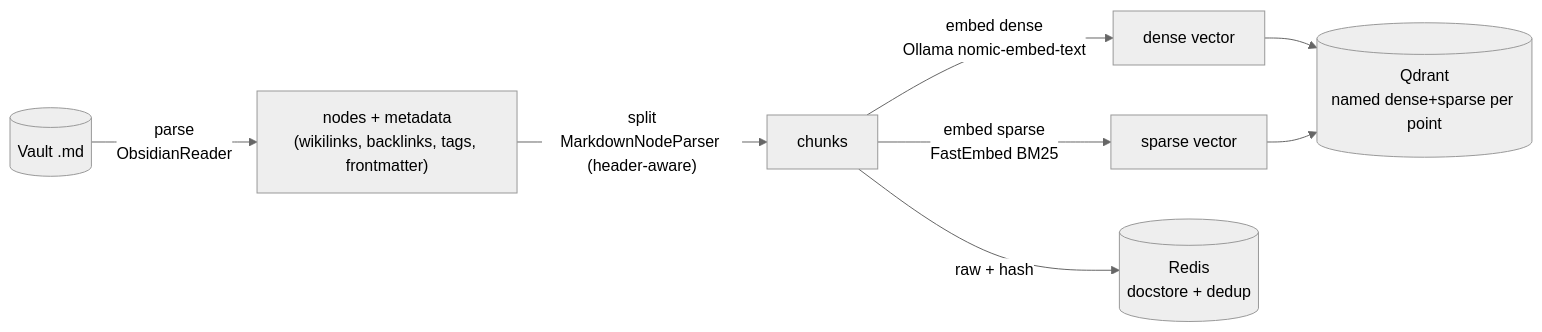
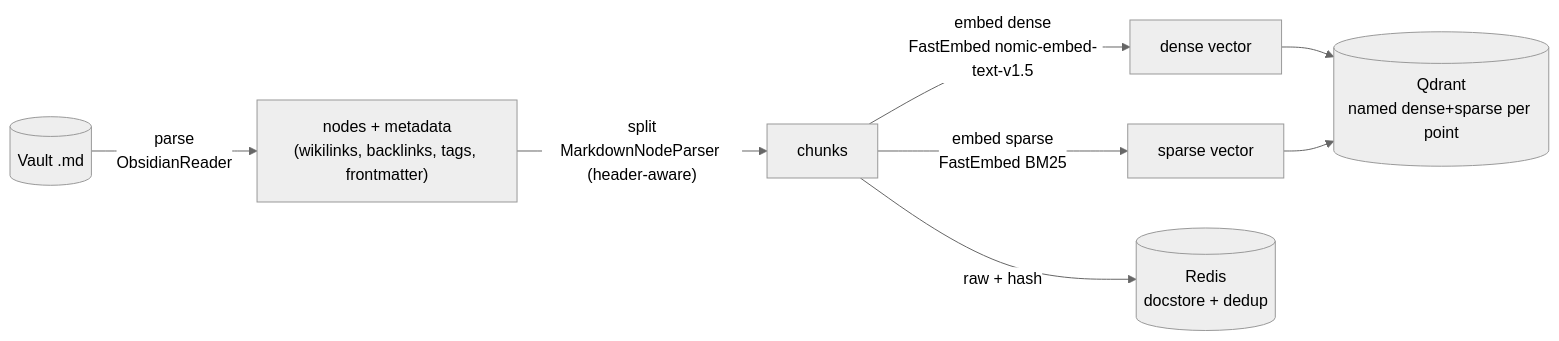
The third of 11 diagrams in docs/SPEC.md (Atrv-Shrn/Obsidian-Librarian), drawn with Mermaid (neutral theme) before and after one commit. The commit also changed other lines of this file and 18 other files, not shown here.

First line of the commit message:
Fix Langfuse scoring, Ragas threshold keys; drop Ollama for FastEmbed

````diff
--- a/docs/SPEC.md
+++ b/docs/SPEC.md
@@ -192,10 +189,10 @@
 ```mermaid
 flowchart LR
   V[("Vault .md")] -->|"parse<br/>ObsidianReader"| N["nodes + metadata<br/>(wikilinks, backlinks, tags, frontmatter)"]
   N -->|"split<br/>MarkdownNodeParser (header-aware)"| C[chunks]
-  C -->|"embed dense<br/>Ollama nomic-embed-text"| DEN[dense vector]
+  C -->|"embed dense<br/>FastEmbed nomic-embed-text-v1.5"| DEN[dense vector]
   C -->|"embed sparse<br/>FastEmbed BM25"| SPA[sparse vector]
   DEN --> Q[("Qdrant<br/>named dense+sparse per point")]
   SPA --> Q
   C -->|"raw + hash"| R[("Redis<br/>docstore + dedup")]
 ```
````
